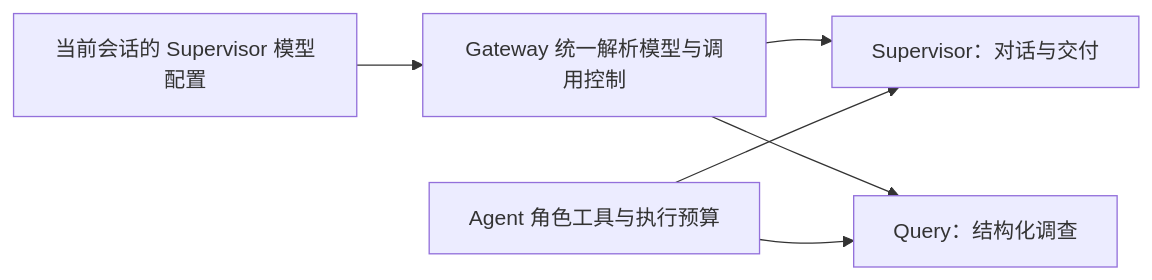
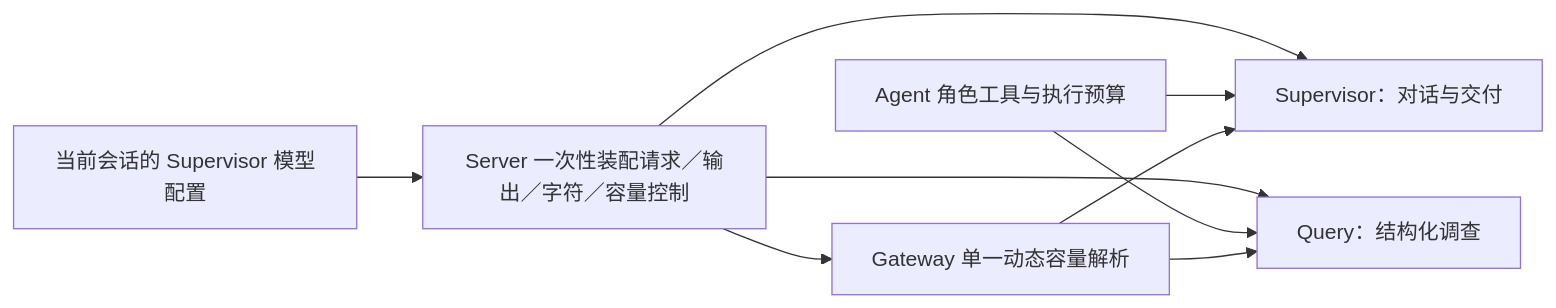
The diagram in docs/design/03-product-reassessment/chat-model-config-inheritance-trd.md (owariband/Seekino), drawn with Mermaid before and after one commit. The commit also changed other lines of this file and 8 other files, not shown here.

````diff
--- a/docs/design/03-product-reassessment/chat-model-config-inheritance-trd.md
+++ b/docs/design/03-product-reassessment/chat-model-config-inheritance-trd.md
@@ -29,8 +29,11 @@
 ```mermaid
 flowchart LR
-    A[当前会话的 Supervisor 模型配置] --> B[Gateway 统一解析模型与调用控制]
+    A[当前会话的 Supervisor 模型配置] --> B[Server 一次性装配请求／输出／字符／容量控制]
     B --> C[Supervisor：对话与交付]
     B --> D[Query：结构化调查]
     E[Agent 角色工具与执行预算] --> C
     E --> D
+    B --> F[Gateway 单一动态容量解析]
+    F --> C
+    F --> D
 ```
````
